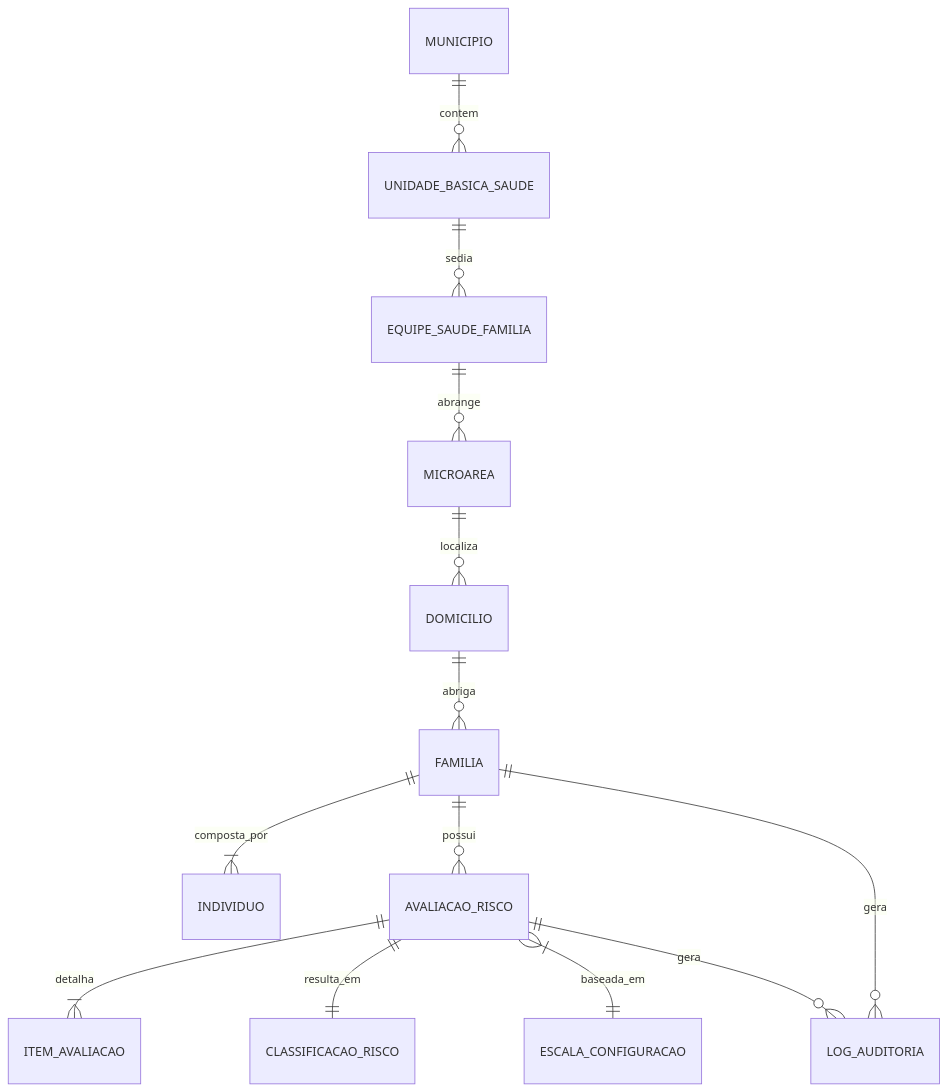
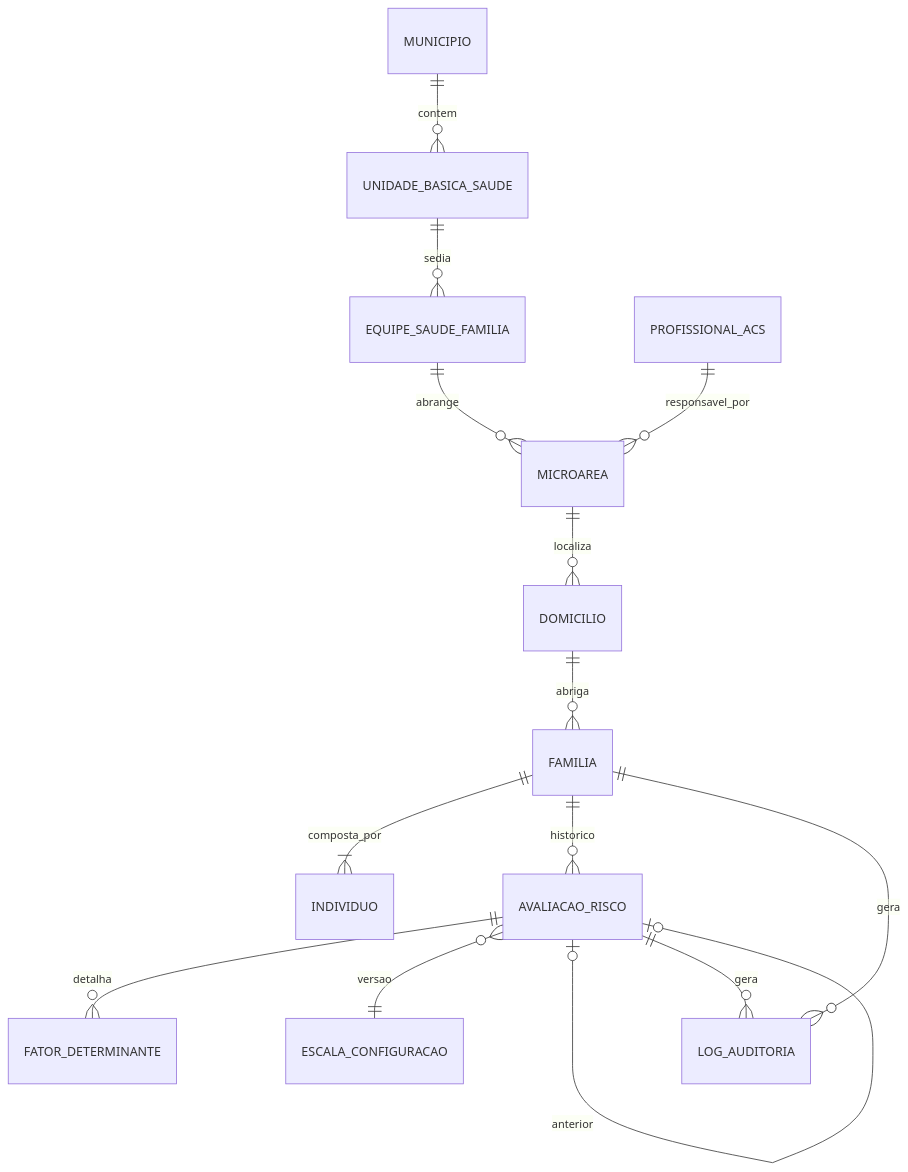
One commit to gfaria76/pet-saude changed the diagram in context/domain_model.md. Above: the diagram before and after it, drawn with Mermaid. The commit also changed other lines of this file and 22 other files, not shown here.

````diff
--- a/context/domain_model.md
+++ b/context/domain_model.md
@@ -9,15 +9,16 @@
 ```mermaid
 erDiagram
     MUNICIPIO ||--o{ UNIDADE_BASICA_SAUDE : contem
     UNIDADE_BASICA_SAUDE ||--o{ EQUIPE_SAUDE_FAMILIA : sedia
     EQUIPE_SAUDE_FAMILIA ||--o{ MICROAREA : abrange
+    PROFISSIONAL_ACS ||--o{ MICROAREA : responsavel_por
     MICROAREA ||--o{ DOMICILIO : localiza
     DOMICILIO ||--o{ FAMILIA : abriga
     FAMILIA ||--|{ INDIVIDUO : composta_por
-    FAMILIA ||--o{ AVALIACAO_RISCO : possui
-    AVALIACAO_RISCO ||--|{ ITEM_AVALIACAO : detalha
-    AVALIACAO_RISCO ||--|| CLASSIFICACAO_RISCO : resulta_em
-    AVALIACAO_RISCO }|--|| ESCALA_CONFIGURACAO : baseada_em
+    FAMILIA ||--o{ AVALIACAO_RISCO : historico
+    AVALIACAO_RISCO ||--o{ FATOR_DETERMINANTE : detalha
+    AVALIACAO_RISCO }o--|| ESCALA_CONFIGURACAO : versao
+    AVALIACAO_RISCO |o--o| AVALIACAO_RISCO : anterior
     FAMILIA ||--o{ LOG_AUDITORIA : gera
     AVALIACAO_RISCO ||--o{ LOG_AUDITORIA : gera
 ```
````
